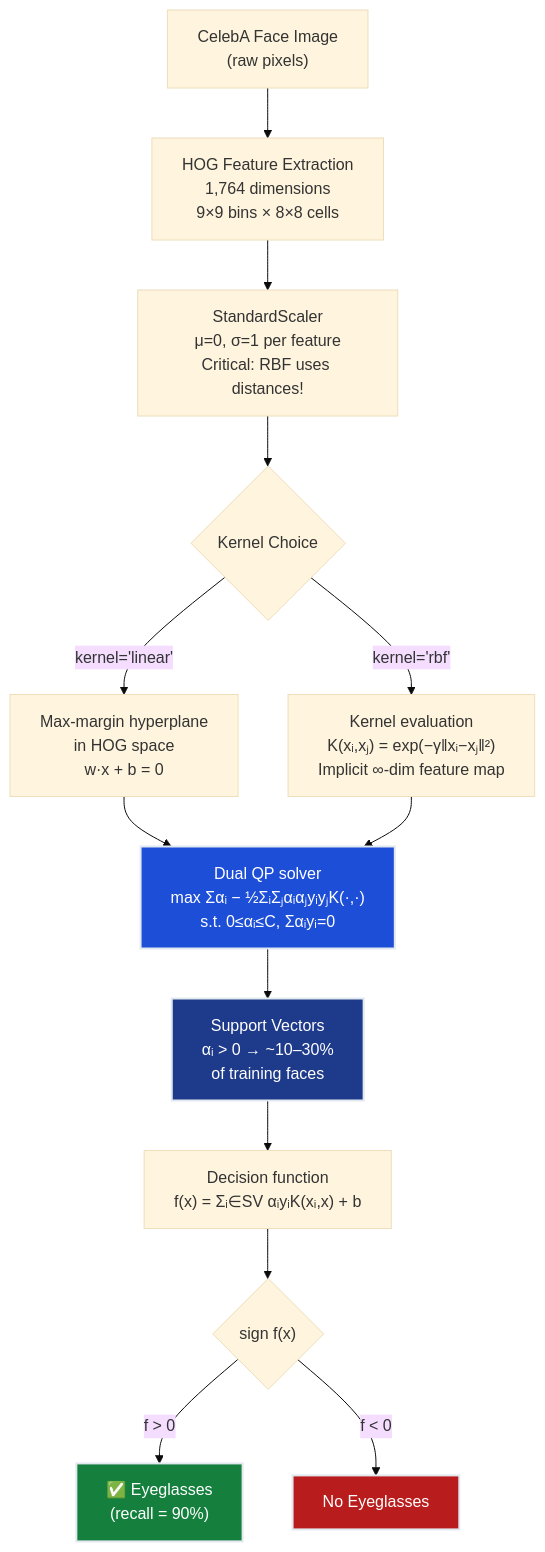
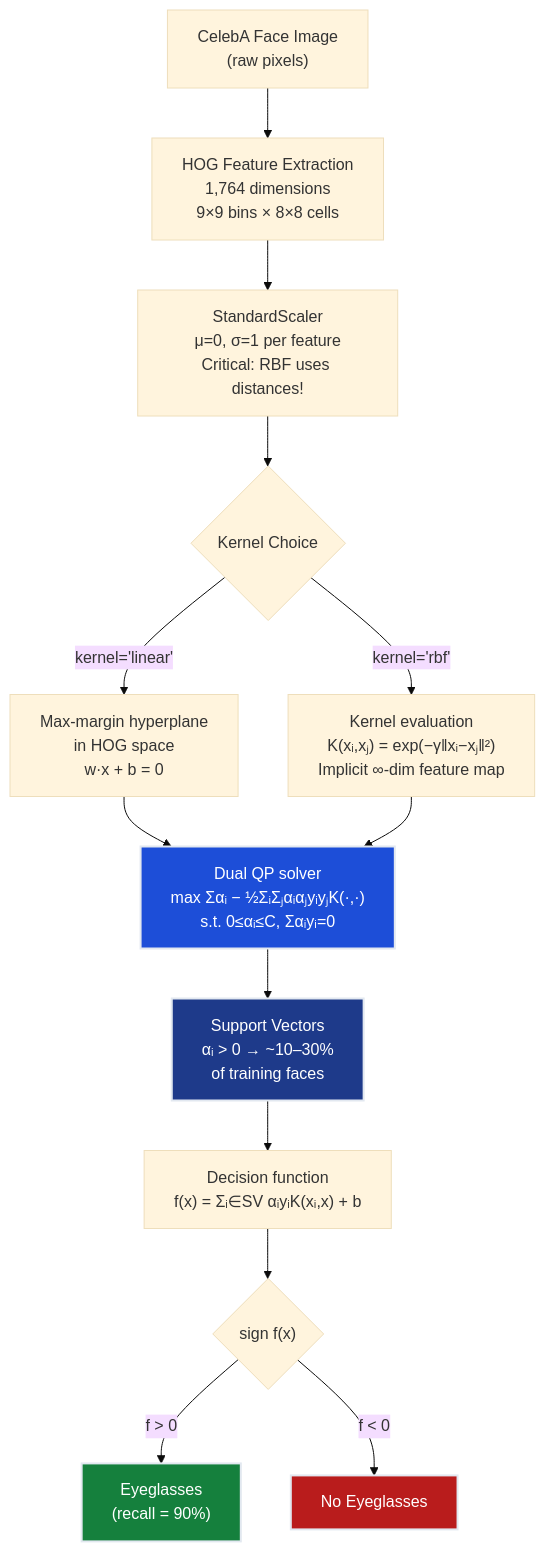
Before and after one commit to dsgouda7/ai-portfolio: the fifth of 6 diagrams in notes/01-ml/02-classification/ch04_svm/README.md, drawn with Mermaid (base theme). The commit also changed other lines of this file and 179 other files, not shown here.

````diff
--- a/notes/01-ml/02-classification/ch04_svm/README.md
+++ b/notes/01-ml/02-classification/ch04_svm/README.md
@@ -791,20 +791,20 @@
 ```mermaid
 graph TD
-    A["CelebA Face Image\n(raw pixels)"] --> B["HOG Feature Extraction\n1,764 dimensions\n9×9 bins × 8×8 cells"]
-    B --> C["StandardScaler\nμ=0, σ=1 per feature\nCritical: RBF uses distances!"]
-    C --> D{"Kernel Choice"}
-    D -->|"kernel='linear'"| E["Max-margin hyperplane\nin HOG space\nw·x + b = 0"]
-    D -->|"kernel='rbf'"| F["Kernel evaluation\nK(xᵢ,xⱼ) = exp(−γ‖xᵢ−xⱼ‖²)\nImplicit ∞-dim feature map"]
-    E --> G["Dual QP solver\nmax Σαᵢ − ½ΣᵢΣⱼαᵢαⱼyᵢyⱼK(·,·)\ns.t. 0≤αᵢ≤C, Σαᵢyᵢ=0"]
-    F --> G
-    G --> H["Support Vectors\nαᵢ > 0 → ~10–30%\nof training faces"]
-    H --> I["Decision function\nf(x) = Σᵢ∈SV αᵢyᵢK(xᵢ,x) + b"]
-    I --> J{"sign f(x)"}
-    J -->|"f > 0"| K["✅ Eyeglasses\n(recall = 90%)"]
-    J -->|"f < 0"| L["No Eyeglasses"]
+ A["CelebA Face Image\n(raw pixels)"] --> B["HOG Feature Extraction\n1,764 dimensions\n9×9 bins × 8×8 cells"]
+ B --> C["StandardScaler\nμ=0, σ=1 per feature\nCritical: RBF uses distances!"]
+ C --> D{"Kernel Choice"}
+ D -->|"kernel='linear'"| E["Max-margin hyperplane\nin HOG space\nw·x + b = 0"]
+ D -->|"kernel='rbf'"| F["Kernel evaluation\nK(xᵢ,xⱼ) = exp(−γ‖xᵢ−xⱼ‖²)\nImplicit ∞-dim feature map"]
+ E --> G["Dual QP solver\nmax Σαᵢ − ½ΣᵢΣⱼαᵢαⱼyᵢyⱼK(·,·)\ns.t. 0≤αᵢ≤C, Σαᵢyᵢ=0"]
+ F --> G
+ G --> H["Support Vectors\nαᵢ > 0 → ~10–30%\nof training faces"]
+ H --> I["Decision function\nf(x) = Σᵢ∈SV αᵢyᵢK(xᵢ,x) + b"]
+ I --> J{"sign f(x)"}
+ J -->|"f > 0"| K[" Eyeglasses\n(recall = 90%)"]
+ J -->|"f < 0"| L["No Eyeglasses"]
 
-    style K fill:#15803d,stroke:#e2e8f0,stroke-width:2px,color:#ffffff
-    style H fill:#1e3a8a,stroke:#e2e8f0,stroke-width:2px,color:#ffffff
-    style G fill:#1d4ed8,stroke:#e2e8f0,stroke-width:2px,color:#ffffff
-    style L fill:#b91c1c,stroke:#e2e8f0,stroke-width:2px,color:#ffffff
+ style K fill:#15803d,stroke:#e2e8f0,stroke-width:2px,color:#ffffff
+ style H fill:#1e3a8a,stroke:#e2e8f0,stroke-width:2px,color:#ffffff
+ style G fill:#1d4ed8,stroke:#e2e8f0,stroke-width:2px,color:#ffffff
+ style L fill:#b91c1c,stroke:#e2e8f0,stroke-width:2px,color:#ffffff
 ```
````
